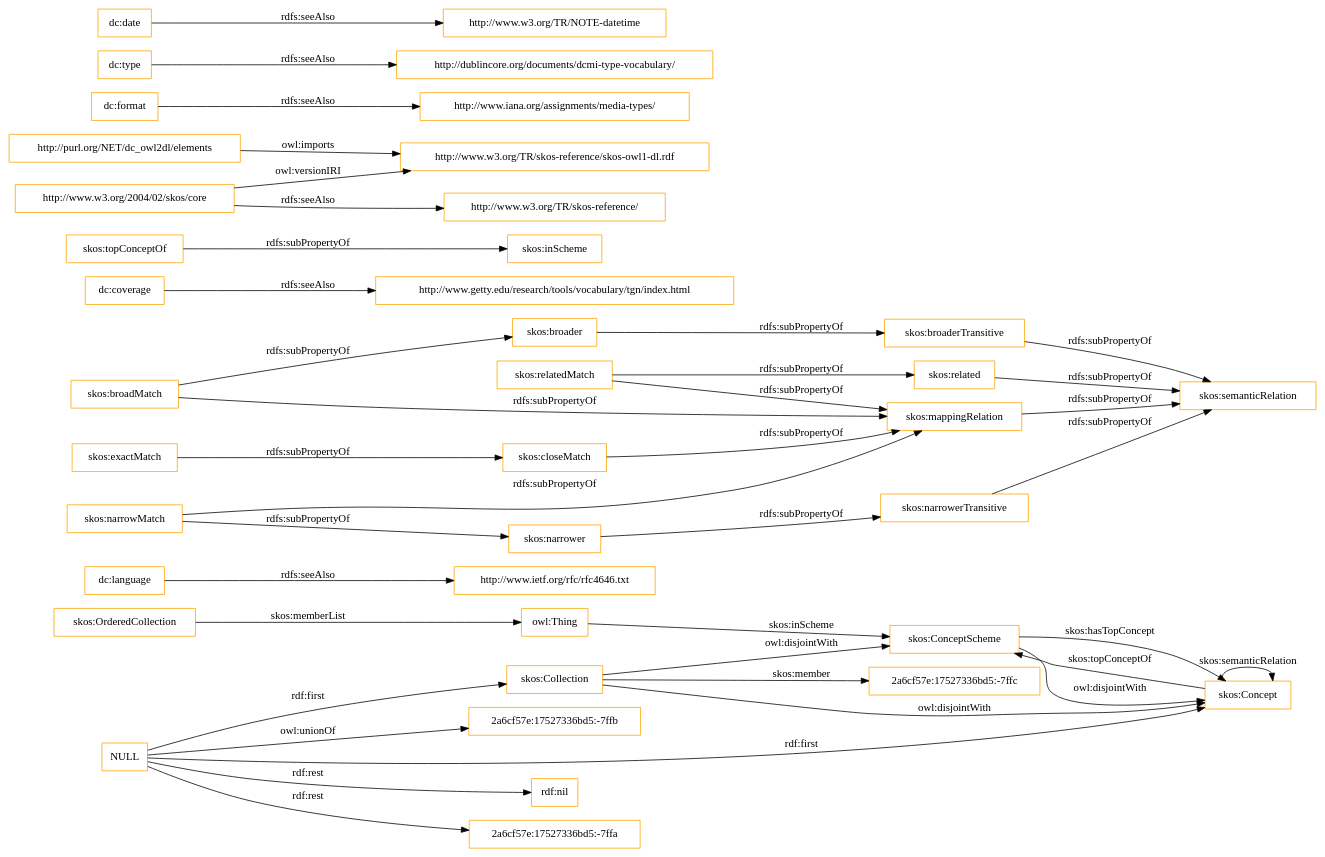
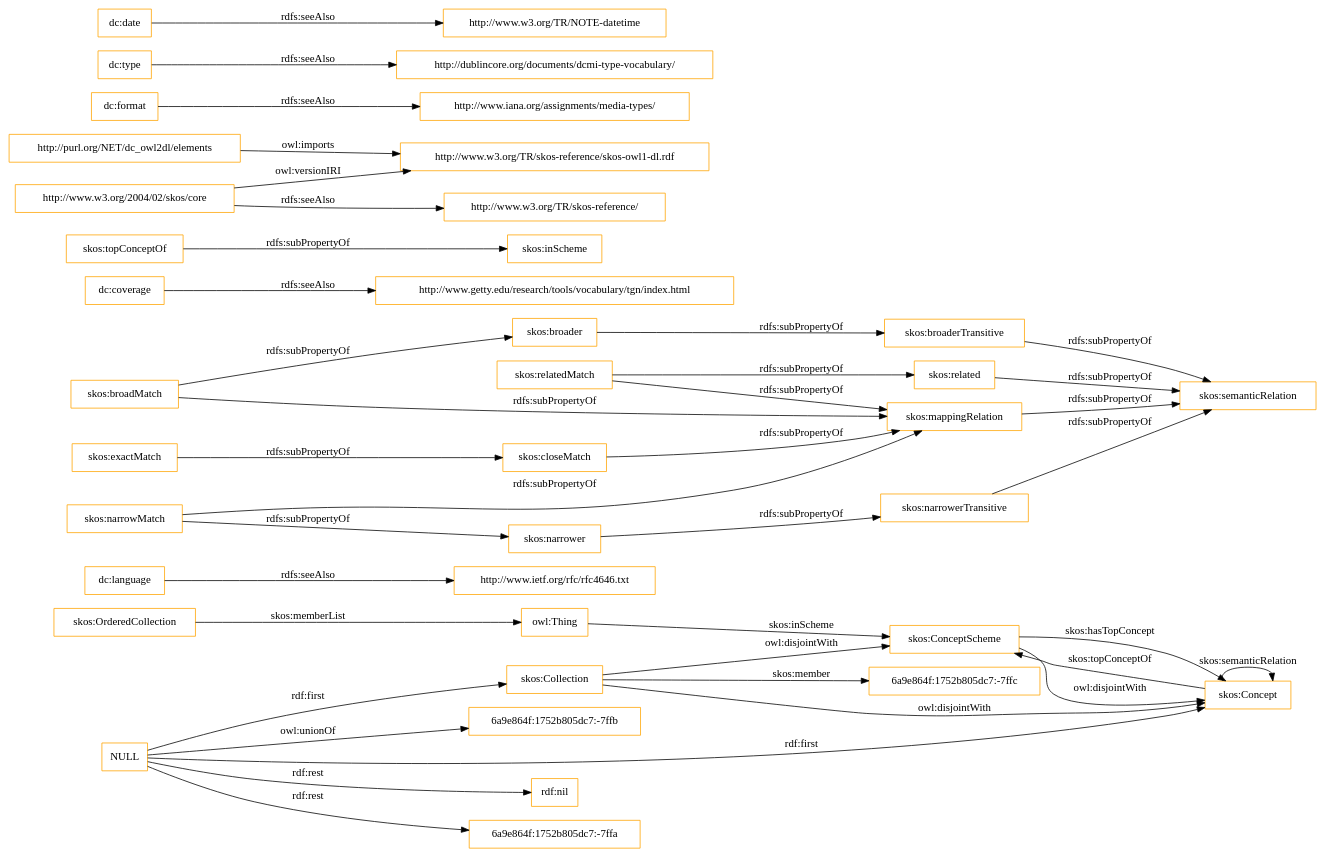
The diagram in OnToology/imports/elements.owl/diagrams/ar2dtool-class/elements.owl.png.dot (OnToologyUser/core-ontology-1), drawn with Graphviz before and after one commit. The commit also changed 14 other files, not shown here.

```diff
--- a/OnToology/imports/elements.owl/diagrams/ar2dtool-class/elements.owl.png.dot
+++ b/OnToology/imports/elements.owl/diagrams/ar2dtool-class/elements.owl.png.dot
@@ -1,43 +1,43 @@
 digraph ar2dtool_diagram { 
 rankdir=LR;
 size="1501"
-node [shape = rectangle, color="orange"]; "2a6cf57e:17527336bd5:-7ffc" "skos:OrderedCollection" "skos:Collection" "skos:ConceptScheme" "skos:Concept" ; /*classes style*/
+node [shape = rectangle, color="orange"]; "6a9e864f:1752b805dc7:-7ffc" "skos:OrderedCollection" "skos:Collection" "skos:ConceptScheme" "skos:Concept" ; /*classes style*/
 	"dc:language" -> "http://www.ietf.org/rfc/rfc4646.txt" [ label = "rdfs:seeAlso" ];
 	"NULL" -> "rdf:nil" [ label = "rdf:rest" ];
 	"NULL" -> "skos:Collection" [ label = "rdf:first" ];
-	"NULL" -> "2a6cf57e:17527336bd5:-7ffa" [ label = "rdf:rest" ];
+	"NULL" -> "6a9e864f:1752b805dc7:-7ffa" [ label = "rdf:rest" ];
 	"NULL" -> "skos:Concept" [ label = "rdf:first" ];
-	"NULL" -> "2a6cf57e:17527336bd5:-7ffb" [ label = "owl:unionOf" ];
+	"NULL" -> "6a9e864f:1752b805dc7:-7ffb" [ label = "owl:unionOf" ];
 	"skos:closeMatch" -> "skos:mappingRelation" [ label = "rdfs:subPropertyOf" ];
 	"dc:coverage" -> "http://www.getty.edu/research/tools/vocabulary/tgn/index.html" [ label = "rdfs:seeAlso" ];
 	"skos:relatedMatch" -> "skos:related" [ label = "rdfs:subPropertyOf" ];
 	"skos:relatedMatch" -> "skos:mappingRelation" [ label = "rdfs:subPropertyOf" ];
 	"skos:ConceptScheme" -> "skos:Concept" [ label = "owl:disjointWith" ];
 	"skos:related" -> "skos:semanticRelation" [ label = "rdfs:subPropertyOf" ];
 	"skos:topConceptOf" -> "skos:inScheme" [ label = "rdfs:subPropertyOf" ];
 	"skos:broadMatch" -> "skos:broader" [ label = "rdfs:subPropertyOf" ];
 	"skos:broadMatch" -> "skos:mappingRelation" [ label = "rdfs:subPropertyOf" ];
 	"http://purl.org/NET/dc_owl2dl/elements" -> "http://www.w3.org/TR/skos-reference/skos-owl1-dl.rdf" [ label = "owl:imports" ];
 	"skos:exactMatch" -> "skos:closeMatch" [ label = "rdfs:subPropertyOf" ];
 	"dc:format" -> "http://www.iana.org/assignments/media-types/" [ label = "rdfs:seeAlso" ];
 	"skos:broaderTransitive" -> "skos:semanticRelation" [ label = "rdfs:subPropertyOf" ];
 	"dc:type" -> "http://dublincore.org/documents/dcmi-type-vocabulary/" [ label = "rdfs:seeAlso" ];
 	"skos:broader" -> "skos:broaderTransitive" [ label = "rdfs:subPropertyOf" ];
 	"skos:mappingRelation" -> "skos:semanticRelation" [ label = "rdfs:subPropertyOf" ];
 	"http://www.w3.org/2004/02/skos/core" -> "http://www.w3.org/TR/skos-reference/skos-owl1-dl.rdf" [ label = "owl:versionIRI" ];
 	"http://www.w3.org/2004/02/skos/core" -> "http://www.w3.org/TR/skos-reference/" [ label = "rdfs:seeAlso" ];
 	"skos:Collection" -> "skos:ConceptScheme" [ label = "owl:disjointWith" ];
 	"skos:Collection" -> "skos:Concept" [ label = "owl:disjointWith" ];
 	"skos:narrowMatch" -> "skos:narrower" [ label = "rdfs:subPropertyOf" ];
 	"skos:narrowMatch" -> "skos:mappingRelation" [ label = "rdfs:subPropertyOf" ];
 	"skos:narrower" -> "skos:narrowerTransitive" [ label = "rdfs:subPropertyOf" ];
 	"dc:date" -> "http://www.w3.org/TR/NOTE-datetime" [ label = "rdfs:seeAlso" ];
 	"skos:narrowerTransitive" -> "skos:semanticRelation" [ label = "rdfs:subPropertyOf" ];
 	"skos:OrderedCollection" -> "owl:Thing" [ label = "skos:memberList" ];
 	"skos:Concept" -> "skos:ConceptScheme" [ label = "skos:topConceptOf" ];
 	"skos:Concept" -> "skos:Concept" [ label = "skos:semanticRelation" ];
-	"skos:Collection" -> "2a6cf57e:17527336bd5:-7ffc" [ label = "skos:member" ];
+	"skos:Collection" -> "6a9e864f:1752b805dc7:-7ffc" [ label = "skos:member" ];
 	"skos:ConceptScheme" -> "skos:Concept" [ label = "skos:hasTopConcept" ];
 	"owl:Thing" -> "skos:ConceptScheme" [ label = "skos:inScheme" ];
 
 }
```
